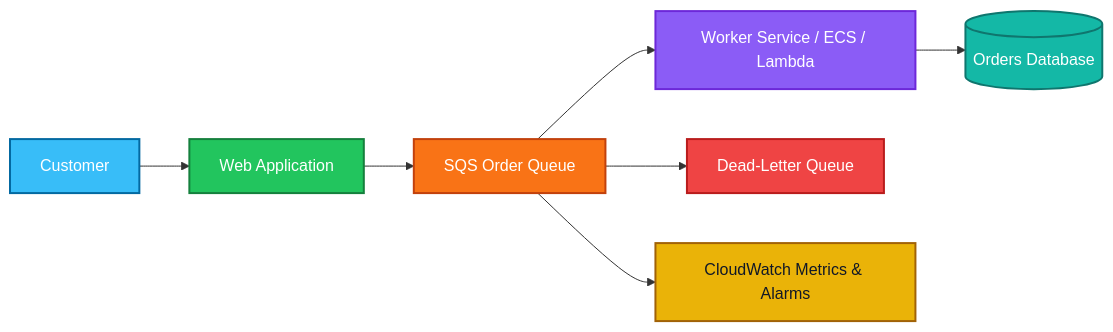
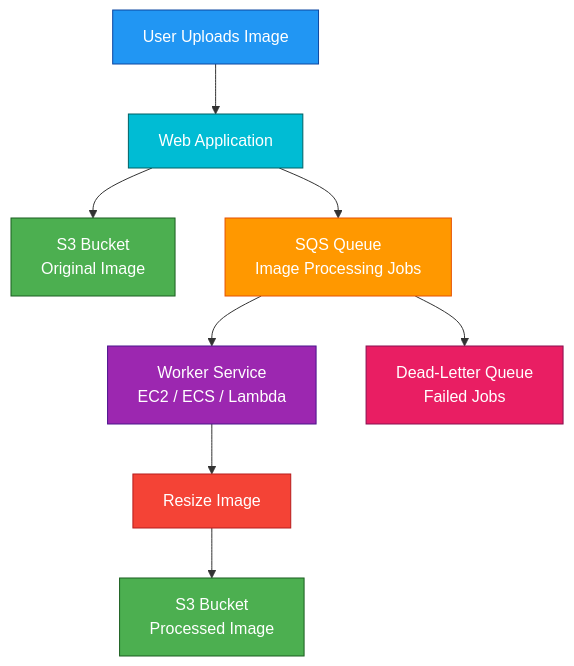
The second of 2 diagrams in notes/SQS.md (hsabit01/aws-study-guide), drawn with Mermaid before and after one commit. The commit also changed other lines of this file, not shown here.

Commit message:
SQS added

````diff
--- a/notes/SQS.md
+++ b/notes/SQS.md
@@ -806,17 +614,21 @@
 ```mermaid
-flowchart LR
-    User[Customer] --> WebApp[Web Application]
-    WebApp --> Queue[SQS Order Queue]
-    Queue --> Workers[Worker Service / ECS / Lambda]
-    Workers --> DB[(Orders Database)]
-    Queue --> DLQ[Dead-Letter Queue]
-    Queue --> CW[CloudWatch Metrics & Alarms]
+flowchart TD
+    A[User Uploads Image] --> B[Web Application]
+    B --> C[S3 Bucket<br/>Original Image]
+    B --> D[SQS Queue<br/>Image Processing Jobs]
 
-    style User fill:#38bdf8,stroke:#0369a1,color:#ffffff,stroke-width:2px
-    style WebApp fill:#22c55e,stroke:#15803d,color:#ffffff,stroke-width:2px
-    style Queue fill:#f97316,stroke:#c2410c,color:#ffffff,stroke-width:2px
-    style Workers fill:#8b5cf6,stroke:#6d28d9,color:#ffffff,stroke-width:2px
-    style DB fill:#14b8a6,stroke:#0f766e,color:#ffffff,stroke-width:2px
-    style DLQ fill:#ef4444,stroke:#b91c1c,color:#ffffff,stroke-width:2px
-    style CW fill:#eab308,stroke:#a16207,color:#111827,stroke-width:2px
+    D --> E[Worker Service<br/>EC2 / ECS / Lambda]
+    E --> F[Resize Image]
+    F --> G[S3 Bucket<br/>Processed Image]
+
+    D --> H[Dead-Letter Queue<br/>Failed Jobs]
+
+    style A fill:#2196F3,stroke:#0D47A1,color:#fff
+    style B fill:#00BCD4,stroke:#006064,color:#fff
+    style C fill:#4CAF50,stroke:#1B5E20,color:#fff
+    style D fill:#FF9800,stroke:#E65100,color:#fff
+    style E fill:#9C27B0,stroke:#4A148C,color:#fff
+    style F fill:#F44336,stroke:#B71C1C,color:#fff
+    style G fill:#4CAF50,stroke:#1B5E20,color:#fff
+    style H fill:#E91E63,stroke:#880E4F,color:#fff
 ```
````
